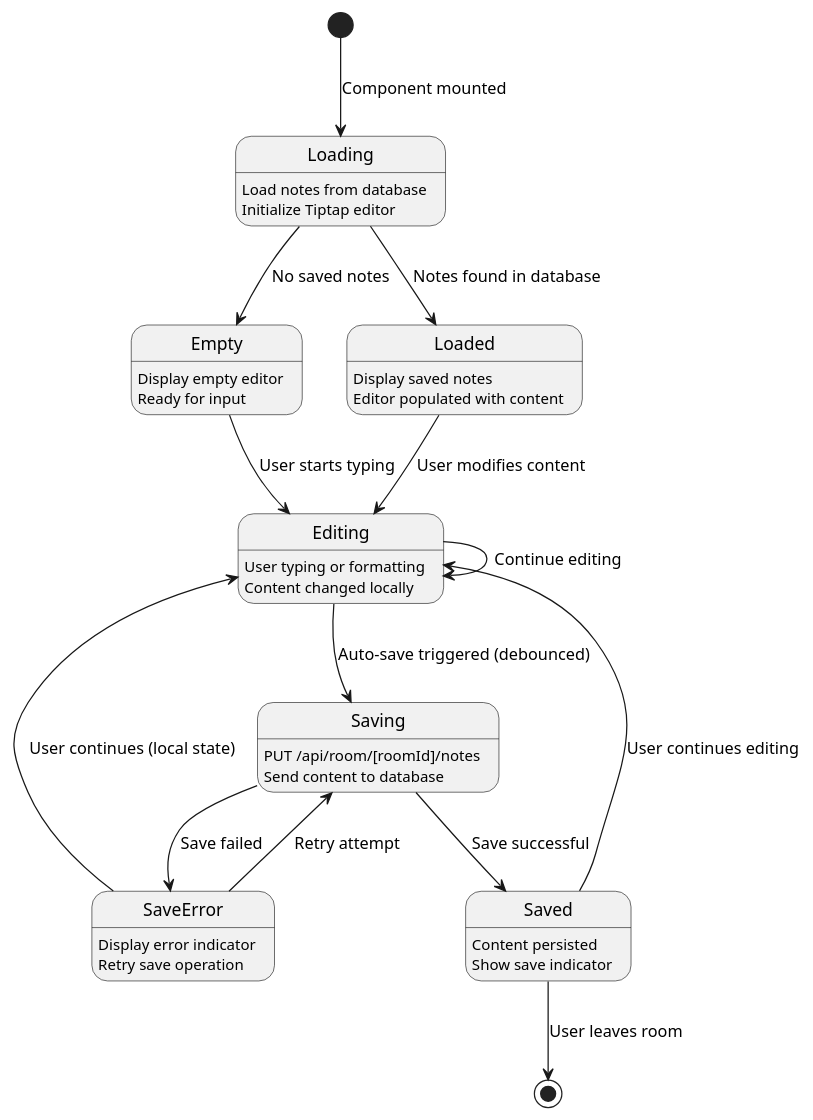
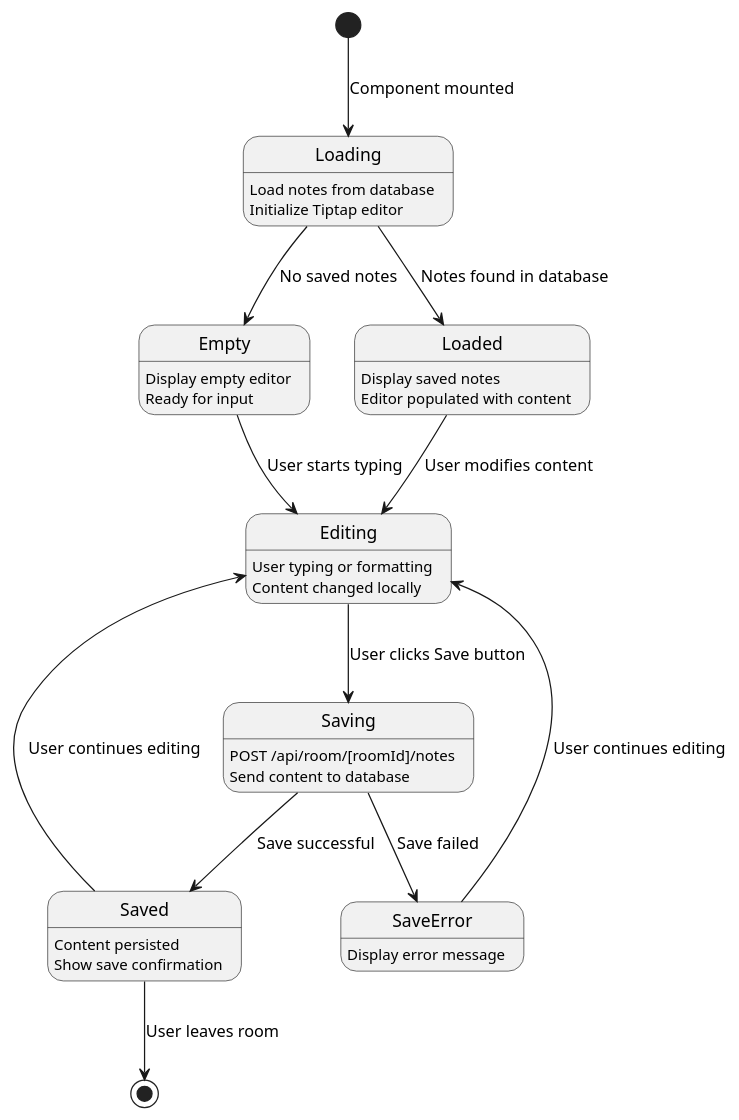
Diagram 17 of 19 in reports.md (pho-veteran/stoom), drawn with PlantUML before and after one commit. The commit also changed other lines of this file and 1 other file, not shown here.

````diff
--- a/reports.md
+++ b/reports.md
@@ -1269,50 +1121,47 @@
 ```plantuml
 @startuml
 skinparam monochrome true
 skinparam shadowing false
 hide empty description
 
 [*] --> Loading : Component mounted
 
 Loading : Load notes from database
 Loading : Initialize Tiptap editor
 
 Loading --> Empty : No saved notes
 Loading --> Loaded : Notes found in database
 
 Empty : Display empty editor
 Empty : Ready for input
 
 Empty --> Editing : User starts typing
 
 Loaded : Display saved notes
 Loaded : Editor populated with content
 
 Loaded --> Editing : User modifies content
 
 Editing : User typing or formatting
 Editing : Content changed locally
 
-Editing --> Saving : Auto-save triggered (debounced)
-Editing --> Editing : Continue editing
+Editing --> Saving : User clicks Save button
 
-Saving : PUT /api/room/[roomId]/notes
+Saving : POST /api/room/[roomId]/notes
 Saving : Send content to database
 
 Saving --> Saved : Save successful
 Saving --> SaveError : Save failed
 
 Saved : Content persisted
-Saved : Show save indicator
+Saved : Show save confirmation
 
 Saved --> Editing : User continues editing
 Saved --> [*] : User leaves room
 
-SaveError : Display error indicator
-SaveError : Retry save operation
+SaveError : Display error message
 
-SaveError --> Saving : Retry attempt
-SaveError --> Editing : User continues (local state)
+SaveError --> Editing : User continues editing
 
 @enduml
 ```
````
